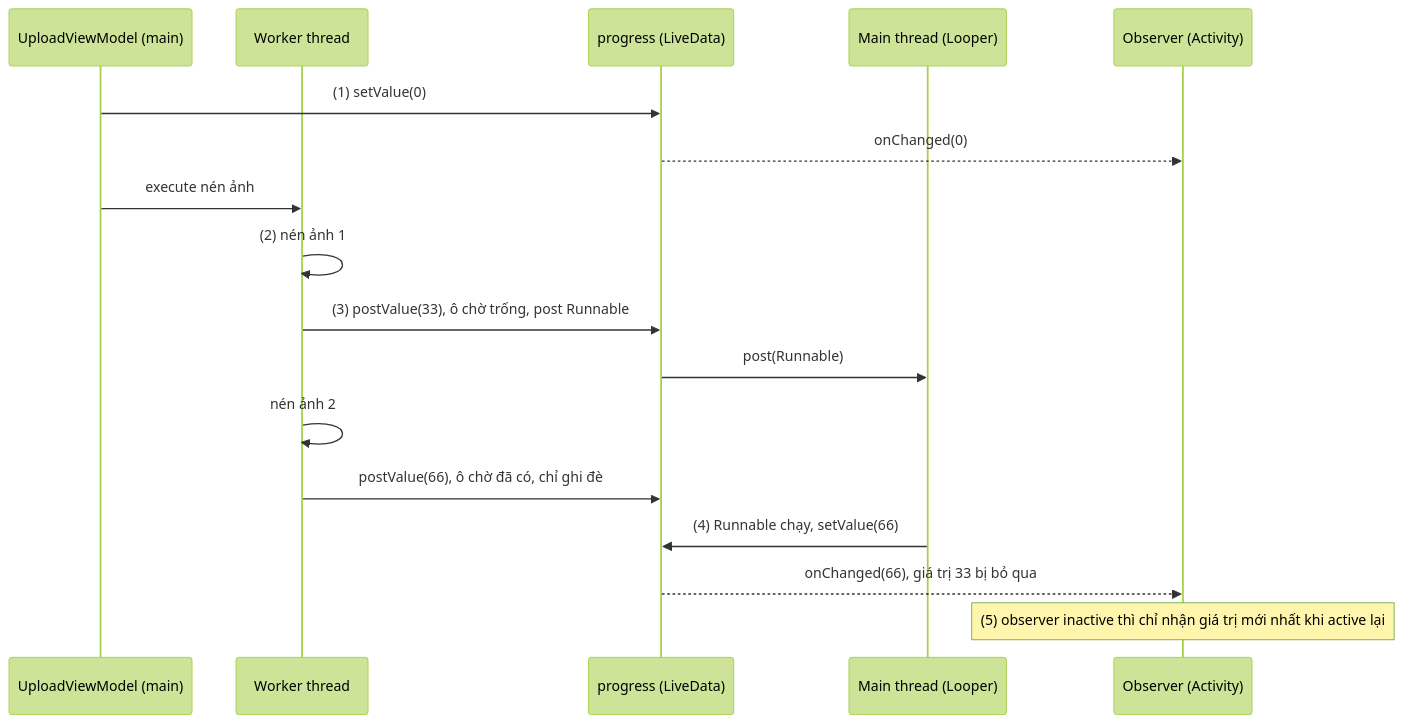
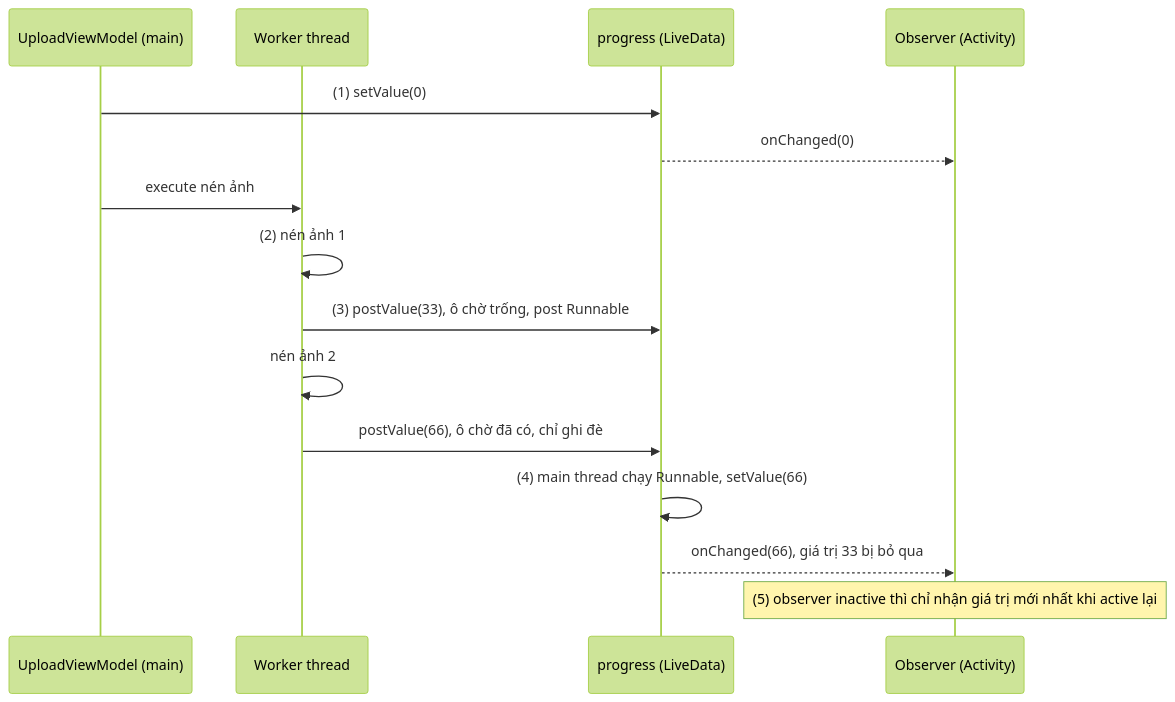
The second of 5 diagrams in knowledge/android/docs/session_06/livedata.md (h1eu/knowledge), drawn with Mermaid (forest theme) before and after one commit. The commit also changed other lines of this file and 5 other files, not shown here.

````diff
--- a/knowledge/android/docs/session_06/livedata.md
+++ b/knowledge/android/docs/session_06/livedata.md
@@ -193,19 +180,17 @@
 ```mermaid
 sequenceDiagram
     participant VM as UploadViewModel (main)
     participant W as Worker thread
     participant L as progress (LiveData)
-    participant M as Main thread (Looper)
     participant O as Observer (Activity)
     VM->>L: (1) setValue(0)
     L-->>O: onChanged(0)
     VM->>W: execute nén ảnh
     W->>W: (2) nén ảnh 1
     W->>L: (3) postValue(33), ô chờ trống, post Runnable
-    L->>M: post(Runnable)
     W->>W: nén ảnh 2
     W->>L: postValue(66), ô chờ đã có, chỉ ghi đè
-    M->>L: (4) Runnable chạy, setValue(66)
+    L->>L: (4) main thread chạy Runnable, setValue(66)
     L-->>O: onChanged(66), giá trị 33 bị bỏ qua
     Note over O: (5) observer inactive thì chỉ nhận giá trị mới nhất khi active lại
 ```
````
